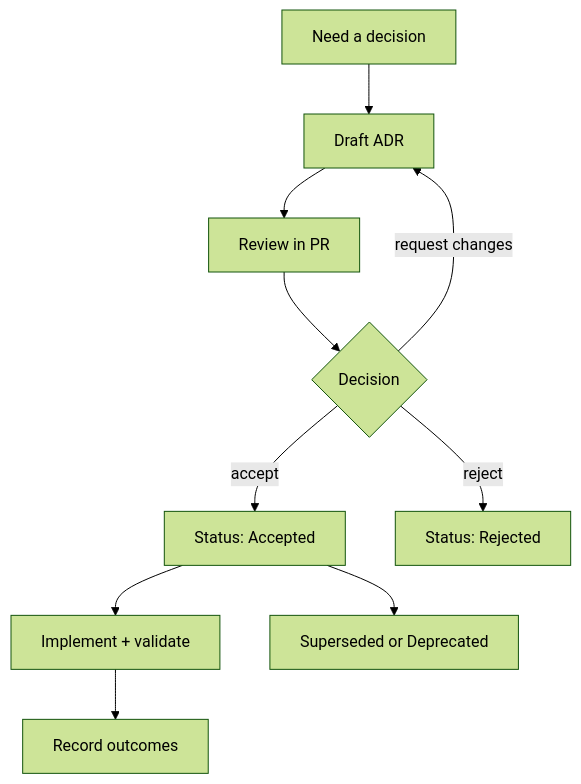
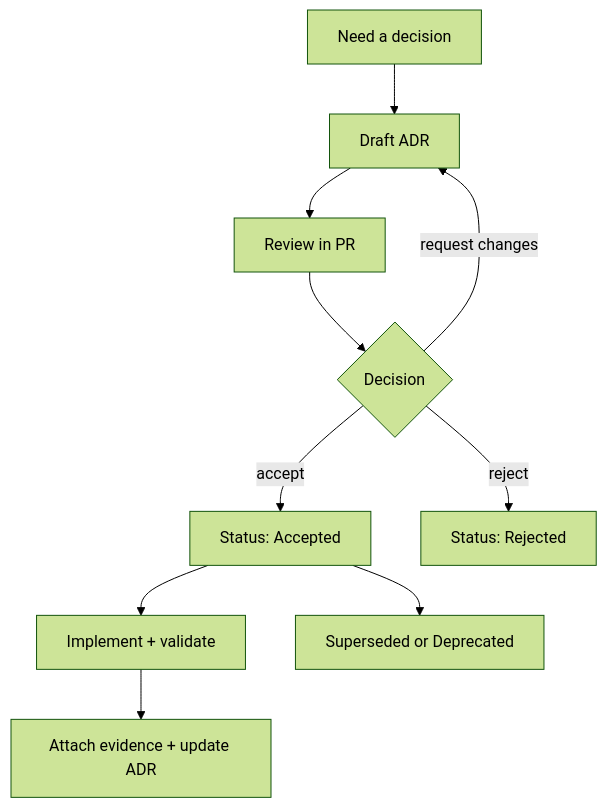
One commit to bartytime4life/Kansas-Frontier-Matrix changed the first of 2 diagrams in docs/adr/README.md. Above: the diagram before and after it, drawn with Mermaid (forest theme). The commit also changed other lines of this file, not shown here.

First line of the commit message:
Revise ADR README for clarity and updates

````diff
--- a/docs/adr/README.md
+++ b/docs/adr/README.md
@@ -109,12 +151,12 @@
 ```mermaid
 flowchart TD
   A[Need a decision] --> B[Draft ADR]
   B --> C[Review in PR]
   C --> D{Decision}
   D -->|accept| E[Status: Accepted]
   D -->|request changes| B
   D -->|reject| F[Status: Rejected]
   E --> G[Implement + validate]
-  G --> H[Record outcomes]
+  G --> H[Attach evidence + update ADR]
   E --> I[Superseded or Deprecated]
 ```
````
